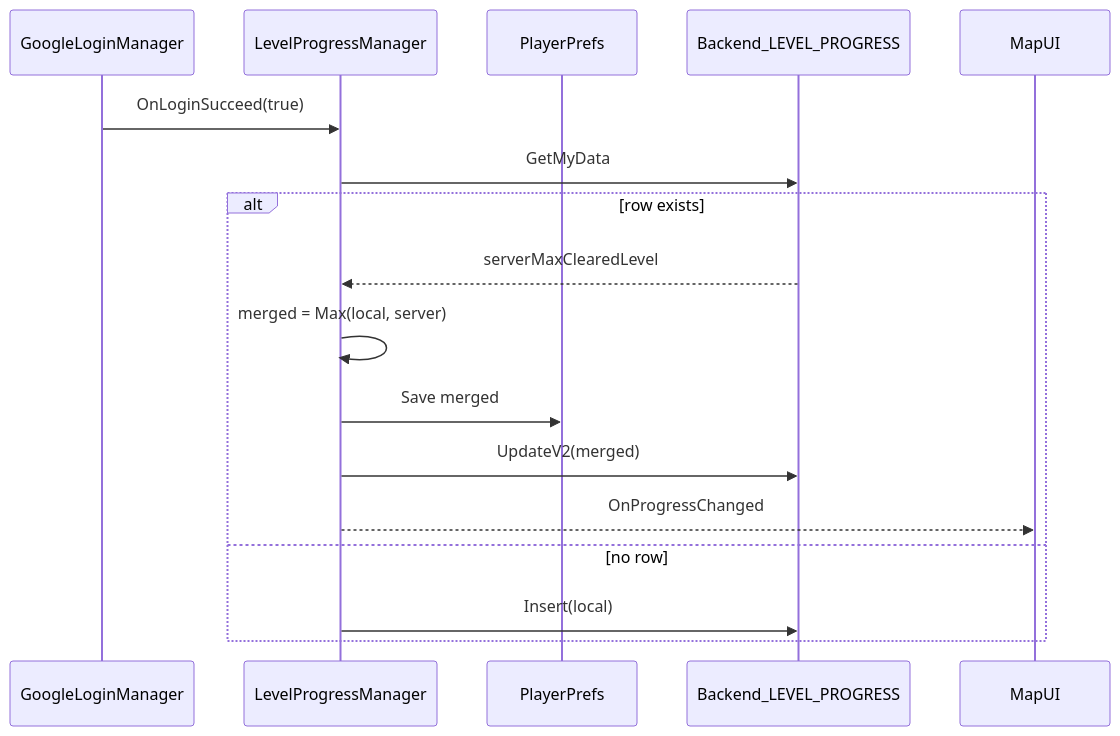
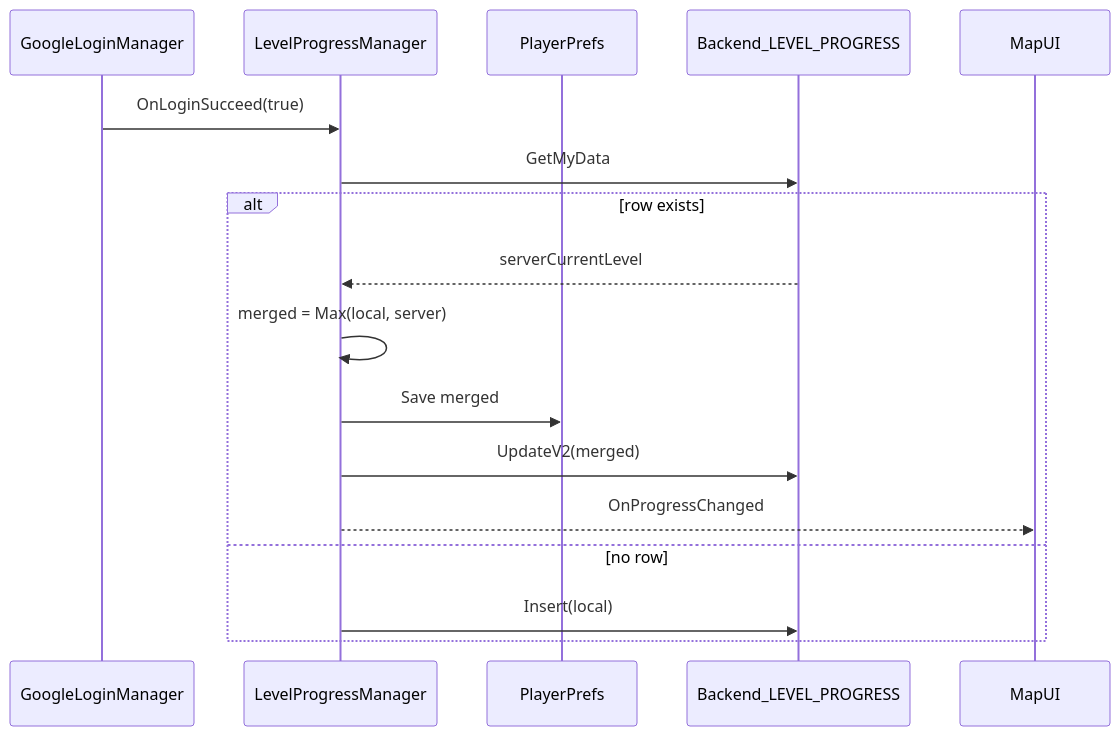
Before and after one commit to chlghksgml01/BlockPuzzle: the second of 3 diagrams in docs/diagrams/level-progress-manager.md, drawn with Mermaid. The commit also changed other lines of this file and 3 other files, not shown here.

````diff
--- a/docs/diagrams/level-progress-manager.md
+++ b/docs/diagrams/level-progress-manager.md
@@ -44,19 +45,19 @@
 ```mermaid
 sequenceDiagram
   participant Login as GoogleLoginManager
   participant LPM as LevelProgressManager
   participant Prefs as PlayerPrefs
   participant BE as Backend_LEVEL_PROGRESS
 
   Login->>LPM: OnLoginSucceed(true)
   LPM->>BE: GetMyData
   alt row exists
-    BE-->>LPM: serverMaxClearedLevel
+    BE-->>LPM: serverCurrentLevel
     LPM->>LPM: merged = Max(local, server)
     LPM->>Prefs: Save merged
     LPM->>BE: UpdateV2(merged)
     LPM-->>MapUI: OnProgressChanged
   else no row
     LPM->>BE: Insert(local)
   end
 ```
````
